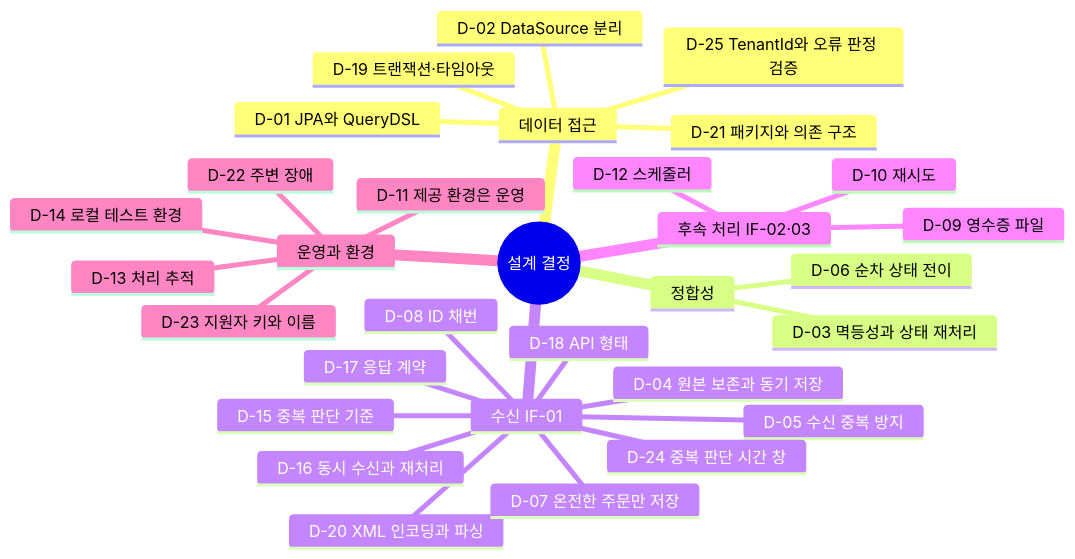
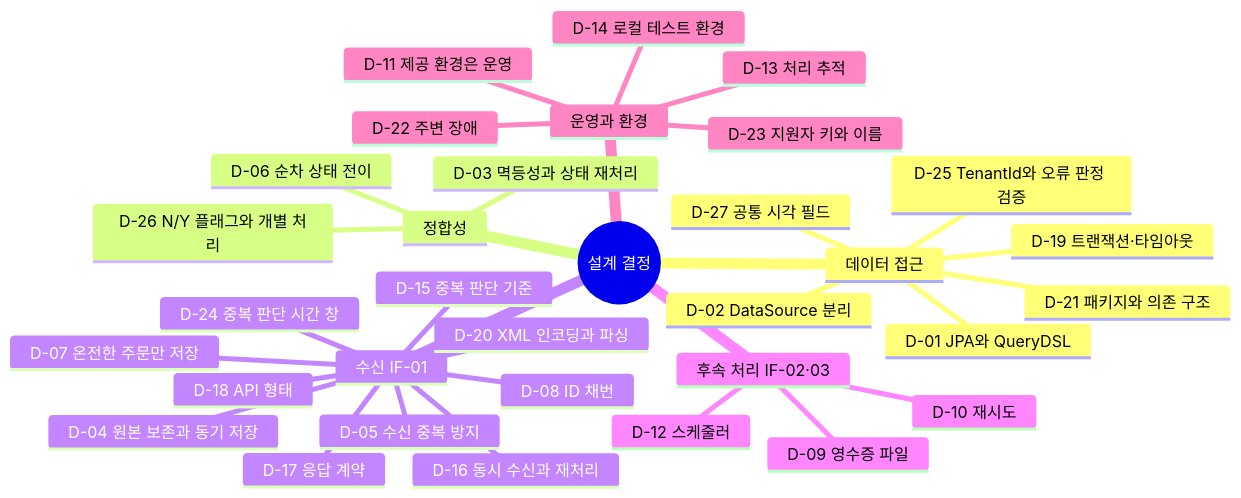
One commit to milkkwong2/inspien-assignment changed the first of 3 diagrams in docs/decisions.md. Above: the diagram before and after it, drawn with Mermaid. The commit also changed other lines of this file and 2 other files, not shown here.

````diff
--- a/docs/decisions.md
+++ b/docs/decisions.md
@@ -43,34 +45,36 @@
 ```mermaid
 mindmap
   root((설계 결정))
     데이터 접근
       D-01 JPA와 QueryDSL
       D-02 DataSource 분리
       D-19 트랜잭션·타임아웃
       D-21 패키지와 의존 구조
       D-25 TenantId와 오류 판정 검증
+      D-27 공통 시각 필드
     정합성
       D-03 멱등성과 상태 재처리
       D-06 순차 상태 전이
+      D-26 N/Y 플래그와 개별 처리
     수신 IF-01
       D-04 원본 보존과 동기 저장
       D-05 수신 중복 방지
       D-15 중복 판단 기준
       D-16 동시 수신과 재처리
       D-24 중복 판단 시간 창
       D-17 응답 계약
       D-18 API 형태
       D-20 XML 인코딩과 파싱
       D-07 온전한 주문만 저장
       D-08 ID 채번
     후속 처리 IF-02·03
       D-09 영수증 파일
       D-10 재시도
       D-12 스케줄러
     운영과 환경
       D-11 제공 환경은 운영
       D-13 처리 추적
       D-14 로컬 테스트 환경
       D-22 주변 장애
       D-23 지원자 키와 이름
 ```
````
